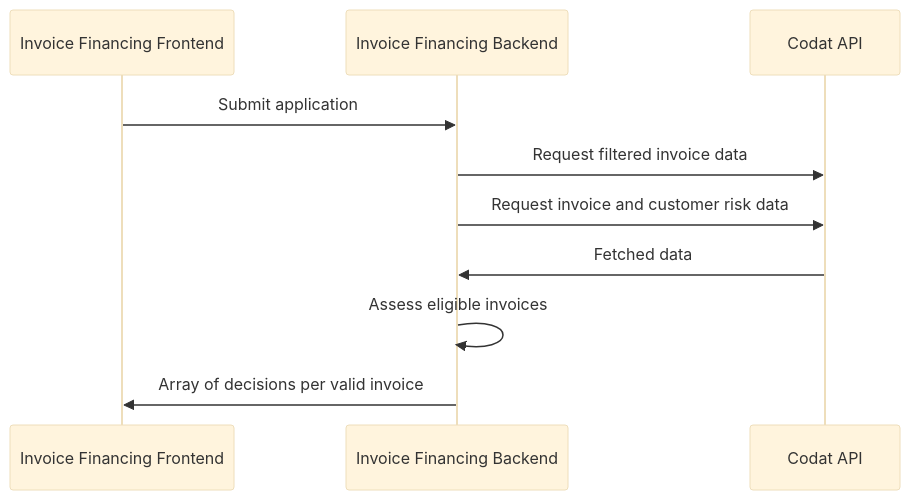
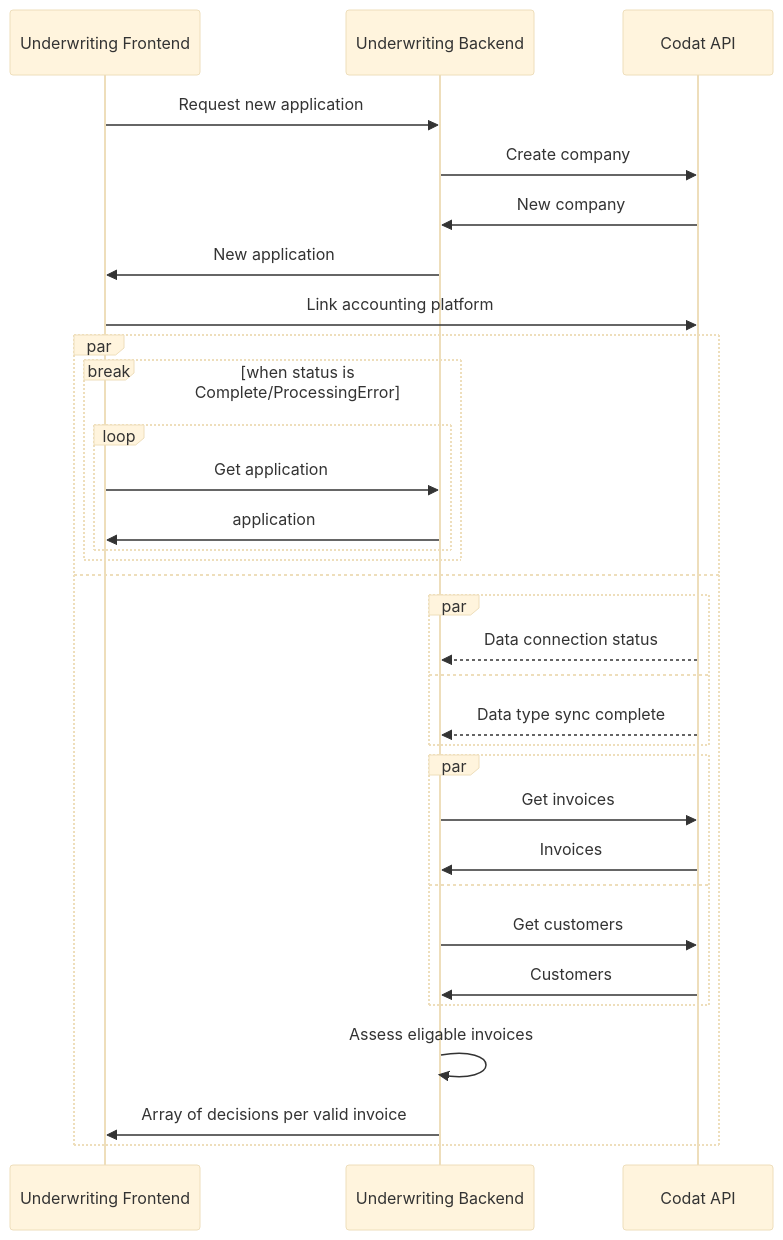
The diagram in docs/accounting-api/guides/invoice-finance/process-invoice.md (codatio/codat-docs), drawn with Mermaid (base theme) before and after one commit. The commit also changed other lines of this file and 1 other file, not shown here.

Commit message:
edits and formula attempt

````diff
--- a/docs/accounting-api/guides/invoice-finance/process-invoice.md
+++ b/docs/accounting-api/guides/invoice-finance/process-invoice.md
@@ -19,12 +19,34 @@
 ``` mermaid
   sequenceDiagram
-    participant frontend as Invoice Financing Frontend 
-    participant backend as Invoice Financing Backend 
+    participant frontend as Underwriting Frontend 
+    participant backend as Underwriting Backend 
     participant codat as Codat API
-    frontend ->> backend: Submit application
-    backend ->> codat: Request filtered invoice data
-    backend ->> codat: Request invoice and customer risk data
-    codat ->> backend: Fetched data
-    backend ->> backend: Assess eligible invoices 
-    backend ->> frontend: Array of decisions per valid invoice
+    frontend ->> backend: Request new application
+    backend ->> codat: Create company
+    codat ->> backend: New company
+    backend ->> frontend: New application
+    frontend ->> codat: Link accounting platform
+    par
+        break when status is Complete/ProcessingError
+        loop
+            frontend ->> backend: Get application
+            backend ->> frontend: application
+        end
+        end
+    and
+        par 
+            codat -->> backend: Data connection status 
+        and 
+            codat -->> backend: Data type sync complete
+        end
+        par
+            backend ->> codat: Get invoices
+            codat ->> backend: Invoices
+        and
+            backend ->> codat: Get customers
+            codat ->> backend: Customers
+        end
+        backend ->> backend: Assess eligable invoices
+        backend ->> frontend: Array of decisions per valid invoice
+    end
 ```  
````
